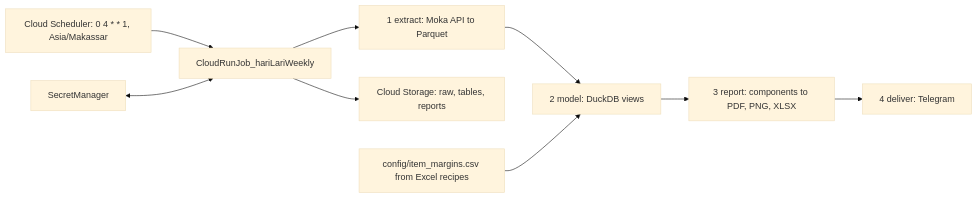
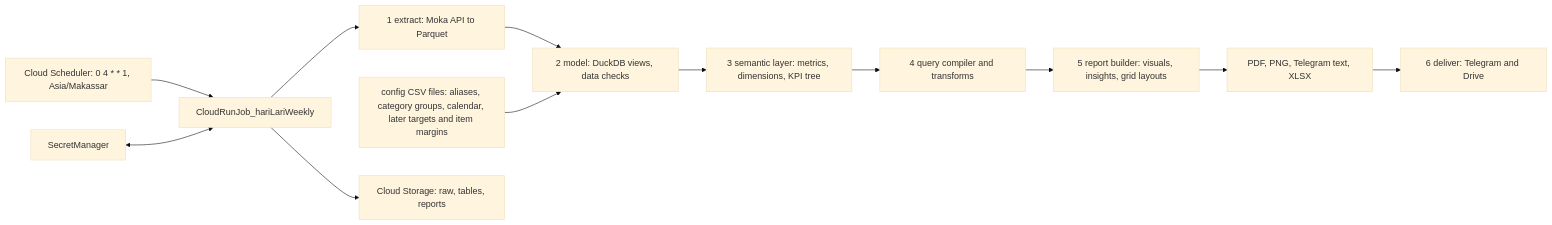
One commit to MortyTheMartian/hari-lari-analytics changed the diagram in docs/hari_lari_analytics_go-live_47a99005.plan.md. Above: the diagram before and after it, drawn with Mermaid (base theme). The commit also changed other lines of this file and 4 other files, not shown here.

Commit message:
Phase 7.1-7.2: reporting framework design note, dependencies, category ids in category_group.csv

````diff
--- a/docs/hari_lari_analytics_go-live_47a99005.plan.md
+++ b/docs/hari_lari_analytics_go-live_47a99005.plan.md
@@ -69,11 +78,14 @@
 ```mermaid
 flowchart LR
   Scheduler["Cloud Scheduler: 0 4 * * 1, Asia/Makassar"] --> Job[CloudRunJob_hariLariWeekly]
   Job --> Extract["1 extract: Moka API to Parquet"]
-  Extract --> Model["2 model: DuckDB views"]
-  Model --> Report["3 report: components to PDF, PNG, XLSX"]
-  Report --> Deliver["4 deliver: Telegram"]
+  Extract --> Model["2 model: DuckDB views, data checks"]
+  Seeds["config CSV files: aliases, category groups, calendar, later targets and item margins"] --> Model
+  Model --> Semantic["3 semantic layer: metrics, dimensions, KPI tree"]
+  Semantic --> Compiler["4 query compiler and transforms"]
+  Compiler --> Report["5 report builder: visuals, insights, grid layouts"]
+  Report --> Outputs["PDF, PNG, Telegram text, XLSX"]
+  Outputs --> Deliver["6 deliver: Telegram and Drive"]
   Secrets[SecretManager] <--> Job
   Job --> Bucket["Cloud Storage: raw, tables, reports"]
-  Margins["config/item_margins.csv from Excel recipes"] --> Model
 ```
````
